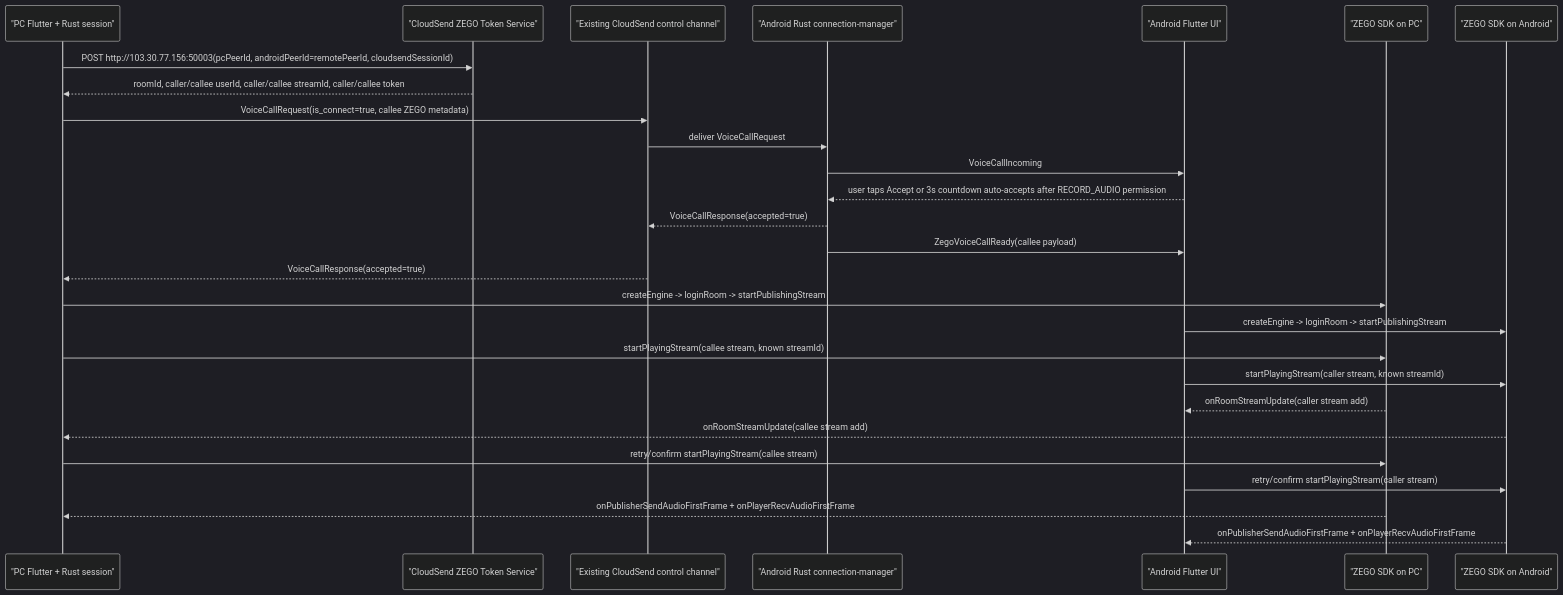
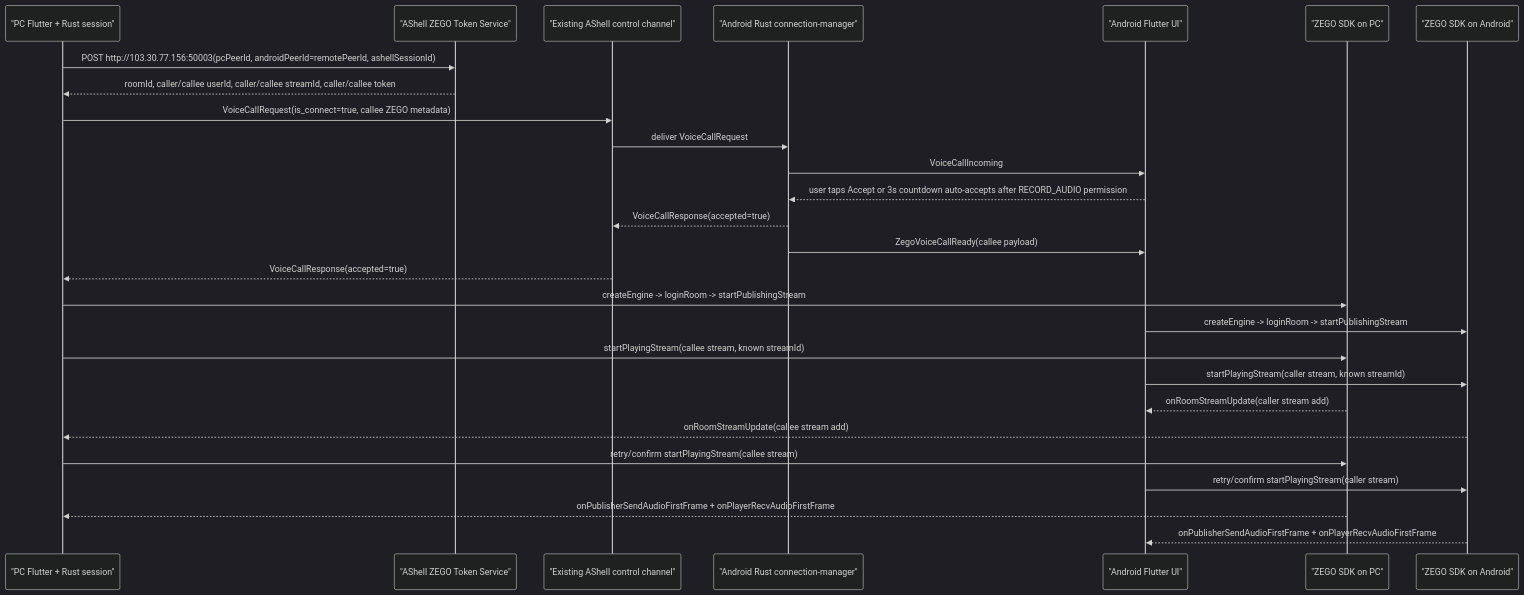
The first of 3 diagrams in docs/ZEGO_VOICE_CALL_ARCHITECTURE.md (adb-shell/A-Shell-You), drawn with Mermaid (dark theme) before and after one commit. The commit also changed other lines of this file and 267 other files, not shown here.

````diff
--- a/docs/ZEGO_VOICE_CALL_ARCHITECTURE.md
+++ b/docs/ZEGO_VOICE_CALL_ARCHITECTURE.md
@@ -17,30 +17,30 @@
 ```mermaid
 sequenceDiagram
     participant PC as "PC Flutter + Rust session"
-    participant Token as "CloudSend ZEGO Token Service"
-    participant Conn as "Existing CloudSend control channel"
+    participant Token as "AShell ZEGO Token Service"
+    participant Conn as "Existing AShell control channel"
     participant AndroidRust as "Android Rust connection-manager"
     participant AndroidUI as "Android Flutter UI"
     participant ZegoPC as "ZEGO SDK on PC"
     participant ZegoAndroid as "ZEGO SDK on Android"
 
-    PC->>Token: POST http://103.30.77.156:50003(pcPeerId, androidPeerId=remotePeerId, cloudsendSessionId)
+    PC->>Token: POST http://103.30.77.156:50003(pcPeerId, androidPeerId=remotePeerId, ashellSessionId)
     Token-->>PC: roomId, caller/callee userId, caller/callee streamId, caller/callee token
     PC->>Conn: VoiceCallRequest(is_connect=true, callee ZEGO metadata)
     Conn->>AndroidRust: deliver VoiceCallRequest
     AndroidRust->>AndroidUI: VoiceCallIncoming
     AndroidUI-->>AndroidRust: user taps Accept or 3s countdown auto-accepts after RECORD_AUDIO permission
     AndroidRust-->>Conn: VoiceCallResponse(accepted=true)
     AndroidRust->>AndroidUI: ZegoVoiceCallReady(callee payload)
     Conn-->>PC: VoiceCallResponse(accepted=true)
     PC->>ZegoPC: createEngine -> loginRoom -> startPublishingStream
     AndroidUI->>ZegoAndroid: createEngine -> loginRoom -> startPublishingStream
     PC->>ZegoPC: startPlayingStream(callee stream, known streamId)
     AndroidUI->>ZegoAndroid: startPlayingStream(caller stream, known streamId)
     ZegoPC-->>AndroidUI: onRoomStreamUpdate(caller stream add)
     ZegoAndroid-->>PC: onRoomStreamUpdate(callee stream add)
     PC->>ZegoPC: retry/confirm startPlayingStream(callee stream)
     AndroidUI->>ZegoAndroid: retry/confirm startPlayingStream(caller stream)
     ZegoPC-->>PC: onPublisherSendAudioFirstFrame + onPlayerRecvAudioFirstFrame
     ZegoAndroid-->>AndroidUI: onPublisherSendAudioFirstFrame + onPlayerRecvAudioFirstFrame
 ```
````
